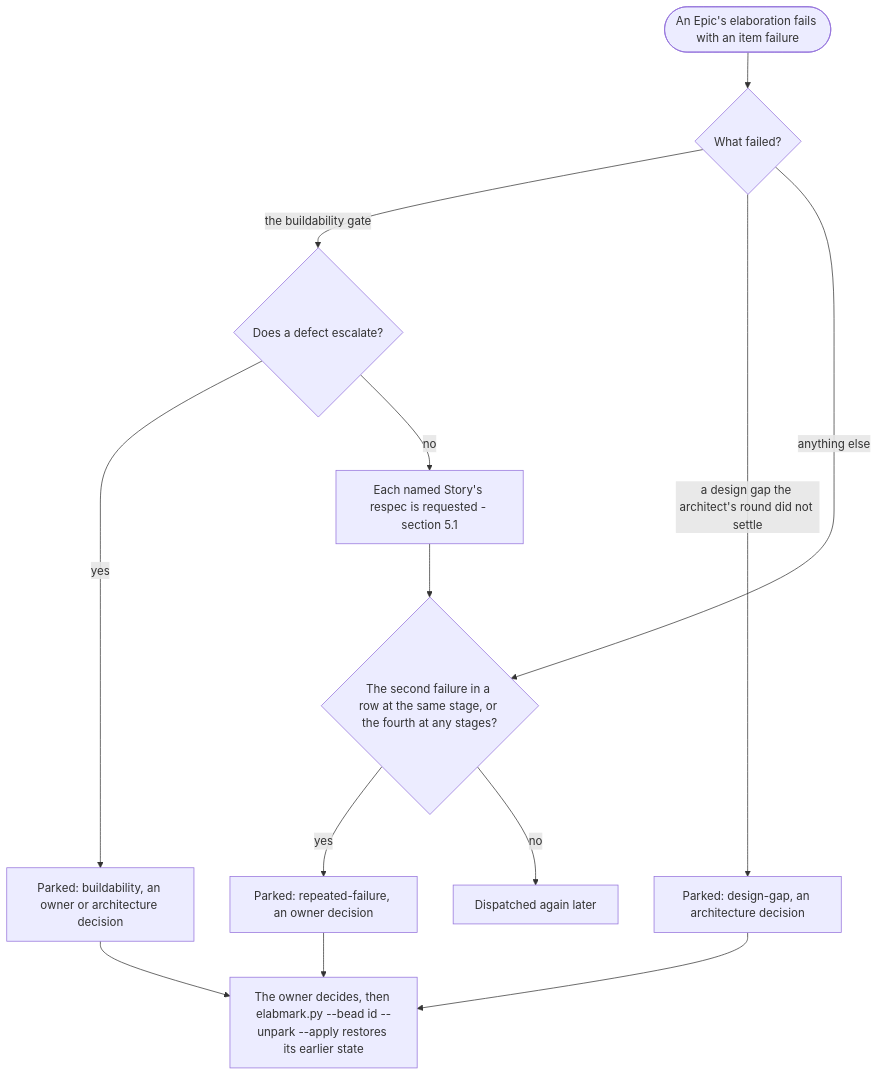
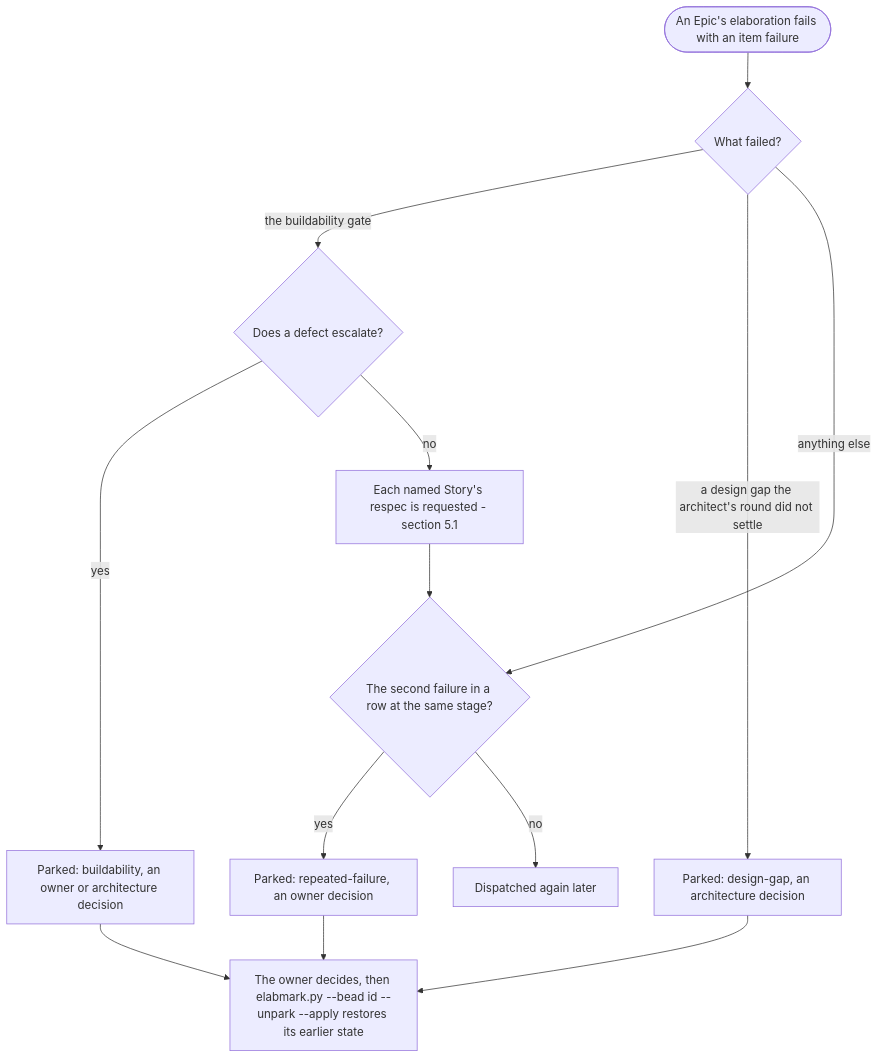
One commit to mark-satterfield/toolset changed the ninth of 10 diagrams in plugins/agent-teams-workforce/blueprint/design/pipelines-driver.md. Above: the diagram before and after it, drawn with Mermaid. The commit also changed other lines of this file and 7 other files, not shown here.

````diff
--- a/plugins/agent-teams-workforce/blueprint/design/pipelines-driver.md
+++ b/plugins/agent-teams-workforce/blueprint/design/pipelines-driver.md
@@ -493,15 +482,15 @@
 ```mermaid
 flowchart TD
     f(["An Epic's elaboration fails with an item failure"]) --> c{"What failed?"}
     c -->|"the buildability gate"| bg{"Does a defect escalate?"}
     bg -->|"yes"| pk["Parked: buildability, an owner or architecture decision"]
     bg -->|"no"| rq["Each named Story's respec is requested - section 5.1"]
     c -->|"a design gap the architect's round did not settle"| pd["Parked: design-gap, an architecture decision"]
-    c -->|"anything else"| st{"The second failure in a row at the same stage, or the fourth at any stages?"}
+    c -->|"anything else"| st{"The second failure in a row at the same stage?"}
     rq --> st
     st -->|"yes"| pr["Parked: repeated-failure, an owner decision"]
     st -->|"no"| again["Dispatched again later"]
     pk --> own["The owner decides, then elabmark.py --bead id --unpark --apply restores its earlier state"]
     pd --> own
     pr --> own
 ```
````
